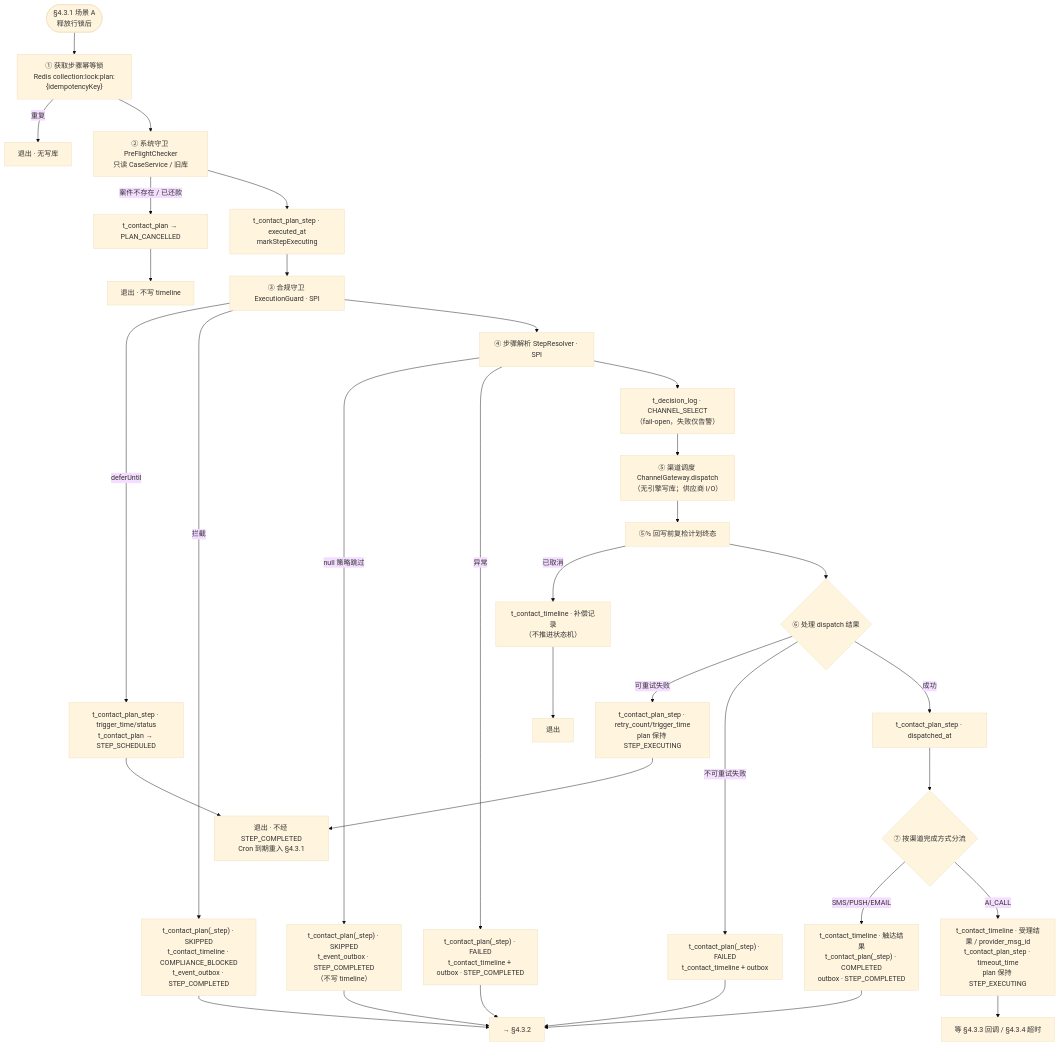
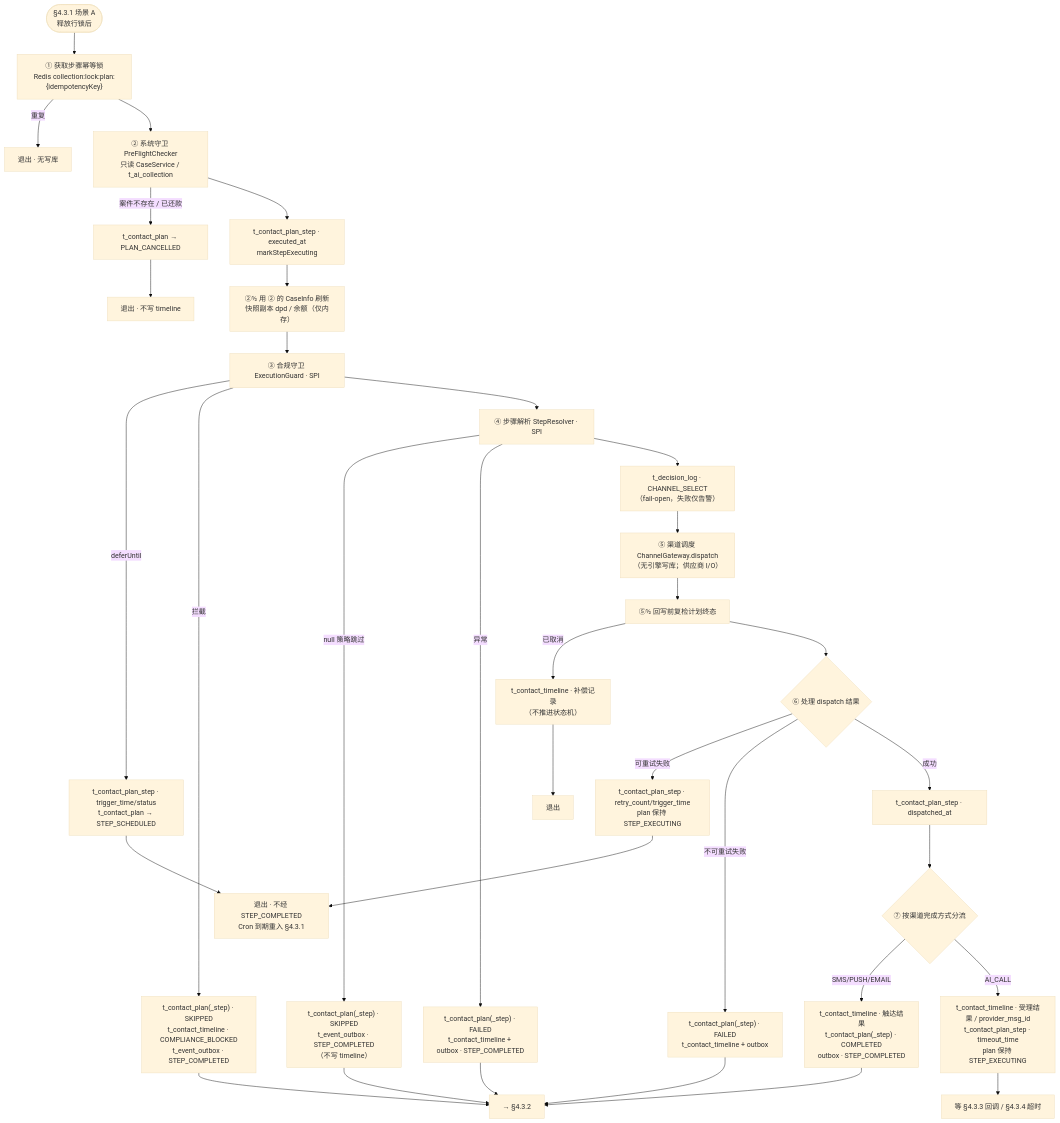
Before and after one commit to katherineliu2102/Intelligent-Collection-V1: the fifth of 6 diagrams in docs/MOCASA催收系统升级_Phase1_核心引擎规格.md, drawn with Mermaid (base theme). The commit also changed other lines of this file and 101 other files, not shown here.

````diff
--- a/docs/MOCASA催收系统升级_Phase1_核心引擎规格.md
+++ b/docs/MOCASA催收系统升级_Phase1_核心引擎规格.md
@@ -668,51 +668,52 @@
 ```mermaid
 flowchart TD
     entry(["§4.3.1 场景 A<br/>释放行锁后"]) --> idempotency
 
     idempotency["① 获取步骤幂等锁<br/>Redis collection:lock:plan:{idempotencyKey}"]
     idempotency -->|重复| duplicate_exit["退出 · 无写库"]
     idempotency --> preflight
 
-    preflight["② 系统守卫 PreFlightChecker<br/>只读 CaseService / 旧库"]
+    preflight["② 系统守卫 PreFlightChecker<br/>只读 CaseService / t_ai_collection"]
     preflight -->|案件不存在 / 已还款| cancel_plan["t_contact_plan → PLAN_CANCELLED"]
     cancel_plan --> preflight_exit["退出 · 不写 timeline"]
     preflight --> mark_executing["t_contact_plan_step · executed_at<br/>markStepExecuting"]
-    mark_executing --> guard
+    mark_executing --> refresh["②½ 用 ② 的 CaseInfo 刷新<br/>快照副本 dpd / 余额（仅内存）"]
+    refresh --> guard
 
     guard["③ 合规守卫 ExecutionGuard · SPI"]
     guard -->|deferUntil| reschedule_defer["t_contact_plan_step · trigger_time/status<br/>t_contact_plan → STEP_SCHEDULED"]
     reschedule_defer --> rescan_exit["退出 · 不经 STEP_COMPLETED<br/>Cron 到期重入 §4.3.1"]
     guard -->|拦截| record_block["t_contact_plan(_step) · SKIPPED<br/>t_contact_timeline · COMPLIANCE_BLOCKED<br/>t_event_outbox · STEP_COMPLETED"]
     record_block --> advance["→ §4.3.2"]
     guard --> resolve
 
     resolve["④ 步骤解析 StepResolver · SPI"]
     resolve -->|null 策略跳过| record_strategy_skip["t_contact_plan(_step) · SKIPPED<br/>t_event_outbox · STEP_COMPLETED<br/>（不写 timeline）"]
     record_strategy_skip --> advance
     resolve -->|异常| record_resolver_failure["t_contact_plan(_step) · FAILED<br/>t_contact_timeline + outbox · STEP_COMPLETED"]
     record_resolver_failure --> advance
     resolve --> decision_log["t_decision_log · CHANNEL_SELECT<br/>（fail-open，失败仅告警）"]
     decision_log --> dispatch
 
     dispatch["⑤ 渠道调度 ChannelGateway.dispatch<br/>（无引擎写库；供应商 I/O）"]
     dispatch --> reload_status
 
     reload_status["⑤½ 回写前复检计划终态"]
     reload_status -->|已取消| record_cancelled_dispatch["t_contact_timeline · 补偿记录<br/>（不推进状态机）"]
     record_cancelled_dispatch --> cancelled_exit["退出"]
     reload_status --> dispatch_result
 
     dispatch_result{"⑥ 处理 dispatch 结果"}
     dispatch_result -->|可重试失败| schedule_retry["t_contact_plan_step · retry_count/trigger_time<br/>plan 保持 STEP_EXECUTING"]
     schedule_retry --> rescan_exit
     dispatch_result -->|不可重试失败| record_channel_failure["t_contact_plan(_step) · FAILED<br/>t_contact_timeline + outbox"]
     record_channel_failure --> advance
     dispatch_result -->|成功| mark_dispatched["t_contact_plan_step · dispatched_at"]
     mark_dispatched --> channel_split
 
     channel_split{"⑦ 按渠道完成方式分流"}
     channel_split -->|SMS/PUSH/EMAIL| record_sync_result["t_contact_timeline · 触达结果<br/>t_contact_plan(_step) · COMPLETED<br/>outbox · STEP_COMPLETED"]
     record_sync_result --> advance
     channel_split -->|AI_CALL| await_callback["t_contact_timeline · 受理结果 / provider_msg_id<br/>t_contact_plan_step · timeout_time<br/>plan 保持 STEP_EXECUTING"]
     await_callback --> async_exit["等 §4.3.3 回调 / §4.3.4 超时"]
 ```
````
